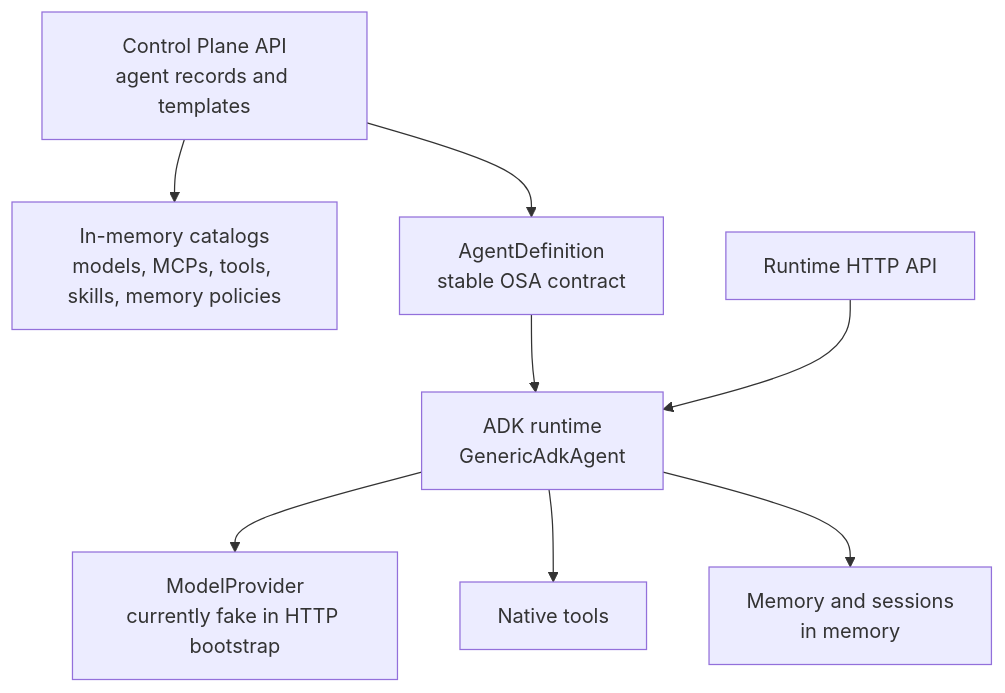
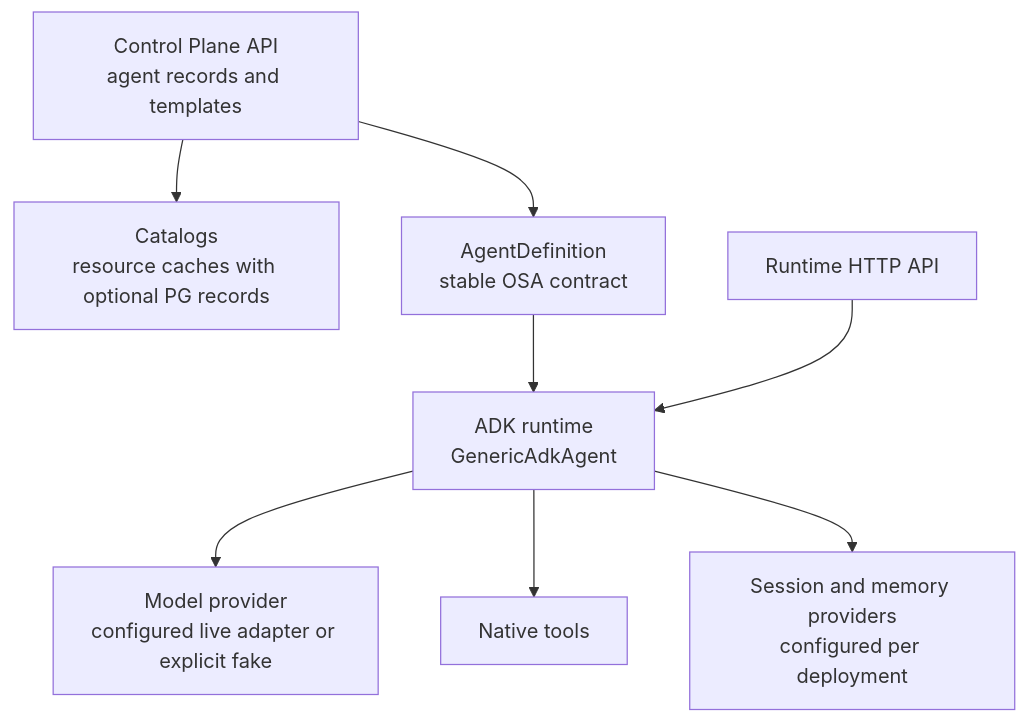
The diagram in README.md (bassemZohdy/open-simple-agent), drawn with Mermaid before and after one commit. The commit also changed other lines of this file and 17 other files, not shown here.

````diff
--- a/README.md
+++ b/README.md
@@ -43,19 +43,19 @@
 ```mermaid
 flowchart TB
     CP["Control Plane API\nagent records and templates"]
-    CAT["In-memory catalogs\nmodels, MCPs, tools, skills, memory policies"]
+    CAT["Catalogs\nresource caches with optional PG records"]
     DEF["AgentDefinition\nstable OSA contract"]
     ADK["ADK runtime\nGenericAdkAgent"]
     API["Runtime HTTP API"]
-    MODEL["ModelProvider\ncurrently fake in HTTP bootstrap"]
+    MODEL["Model provider\nconfigured live adapter or explicit fake"]
     TOOL["Native tools"]
-    MEM["Memory and sessions\nin memory"]
+    MEM["Session and memory providers\nconfigured per deployment"]
 
     CP --> CAT
     CP --> DEF
     DEF --> ADK
     API --> ADK
     ADK --> MODEL
     ADK --> TOOL
     ADK --> MEM
 ```
````
